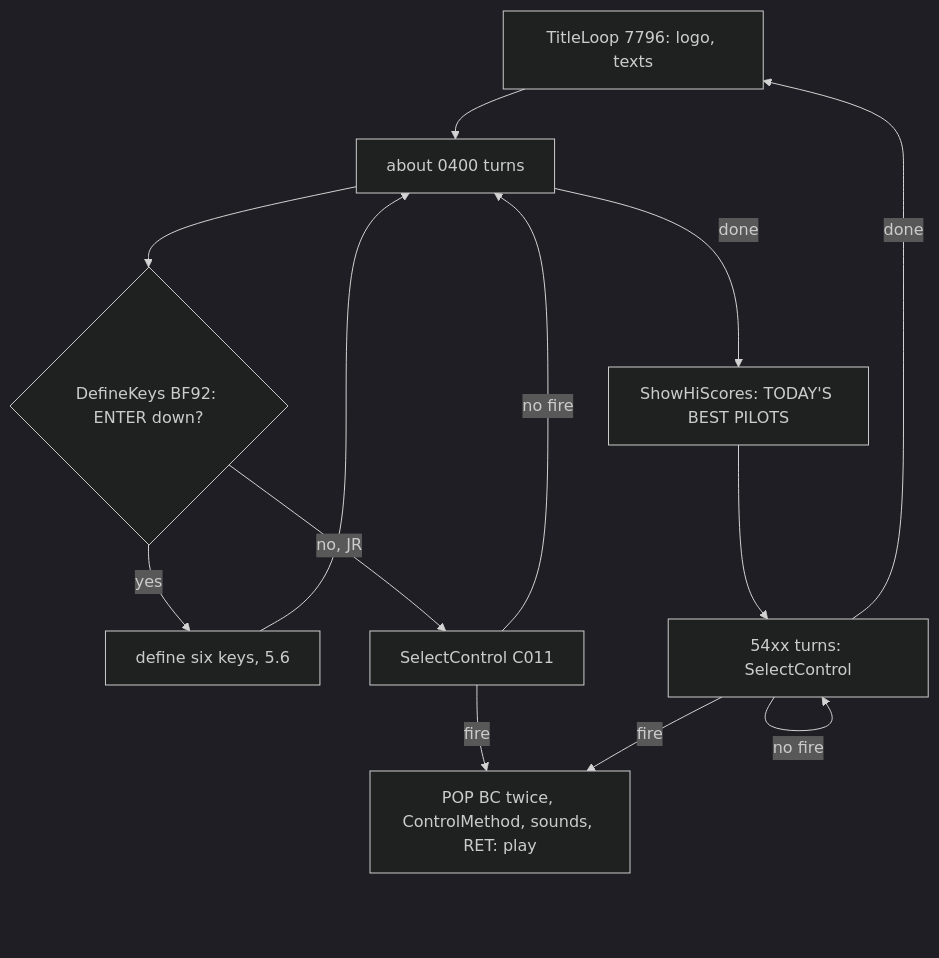
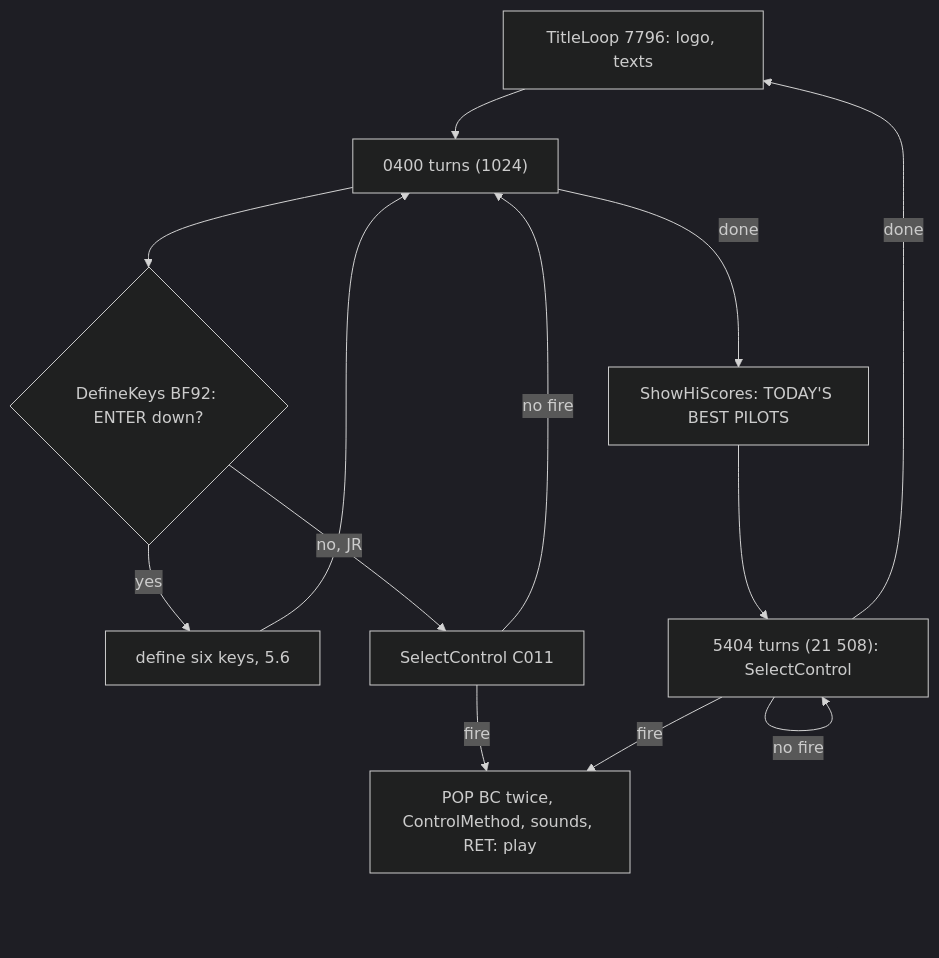
The fourth of 9 diagrams in games/r-type/docs/05-controls.md (alfishe/unrealng-reverse-cases), drawn with Mermaid (dark theme) before and after one commit. The commit also changed other lines of this file and 31 other files, not shown here.

````diff
--- a/games/r-type/docs/05-controls.md
+++ b/games/r-type/docs/05-controls.md
@@ -431,15 +439,15 @@
 ```mermaid
 flowchart TD
-    T["TitleLoop 7796: logo, texts"] --> L1["about 0400 turns"]
+    T["TitleLoop 7796: logo, texts"] --> L1["0400 turns (1024)"]
     L1 --> DK{"DefineKeys BF92: ENTER down?"}
     DK -->|"yes"| DEF["define six keys, 5.6"]
     DEF --> L1
     DK -->|"no, JR"| SC1["SelectControl C011"]
     SC1 -->|"no fire"| L1
     L1 -->|"done"| HS["ShowHiScores: TODAY'S BEST PILOTS"]
-    HS --> L2["54xx turns: SelectControl"]
+    HS --> L2["5404 turns (21 508): SelectControl"]
     L2 -->|"no fire"| L2
     L2 -->|"done"| T
     SC1 -->|"fire"| GO["POP BC twice, ControlMethod, sounds, RET: play"]
     L2 -->|"fire"| GO
 ```
````
